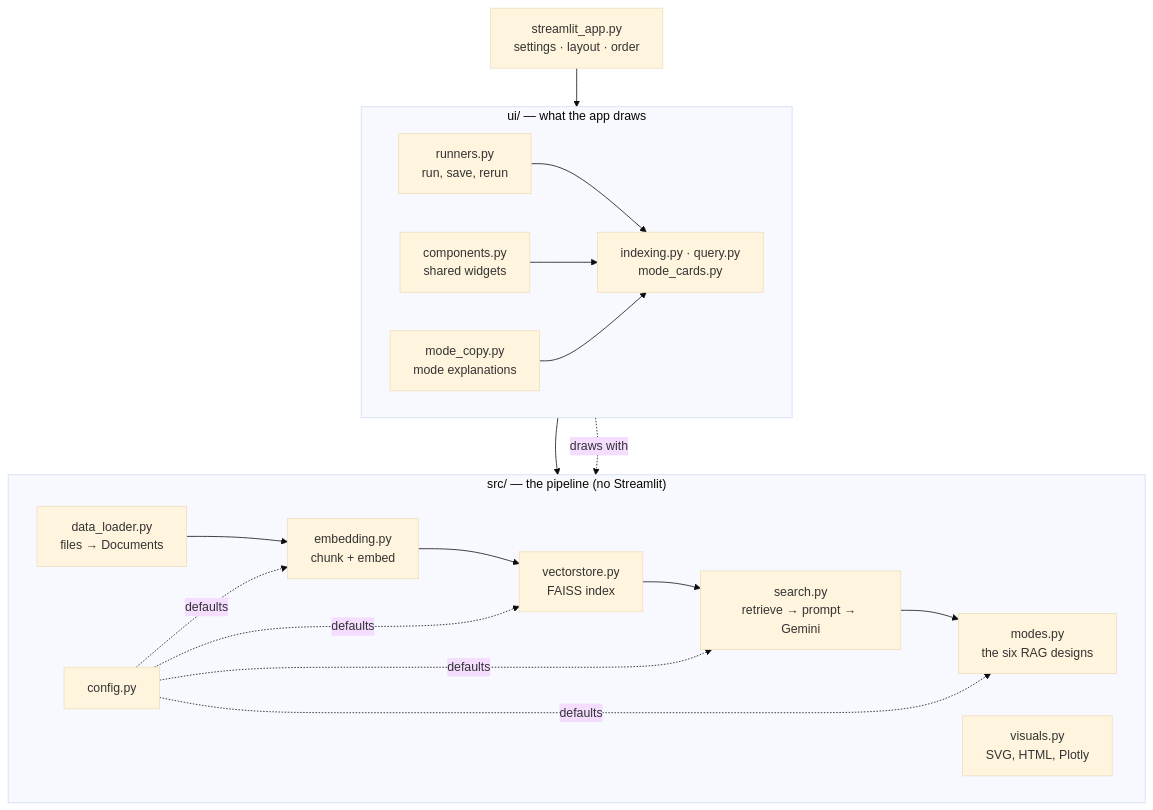
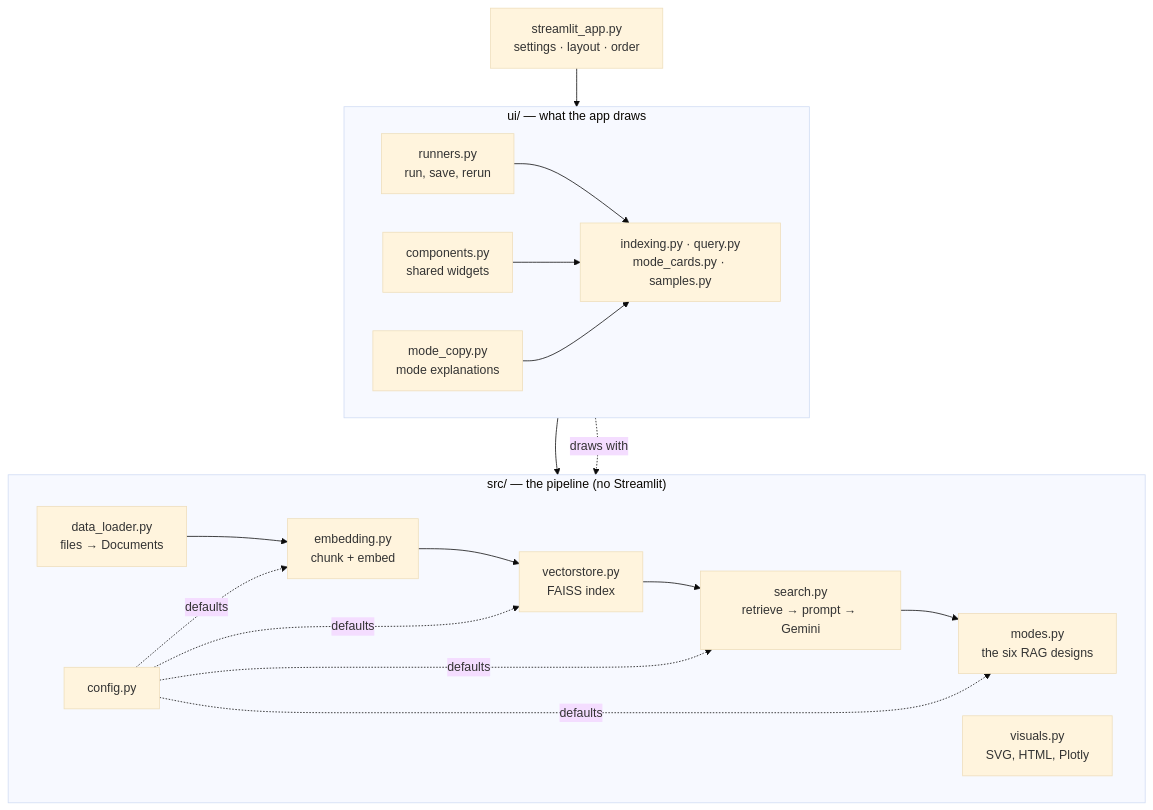
The second of 2 diagrams in README.md (JasleenMinhas578/RAG-project), drawn with Mermaid (base theme) before and after one commit. The commit also changed other lines of this file and 18 other files, not shown here.

````diff
--- a/README.md
+++ b/README.md
@@ -335,21 +377,21 @@
 ```mermaid
 flowchart TB
     subgraph src["src/ — the pipeline (no Streamlit)"]
         direction LR
         DL[data_loader.py<br/>files → Documents] --> EP[embedding.py<br/>chunk + embed]
         EP --> VS[vectorstore.py<br/>FAISS index]
         VS --> RS[search.py<br/>retrieve → prompt → Gemini]
         RS --> MD[modes.py<br/>the six RAG designs]
         CFG[config.py] -.defaults.-> EP & VS & RS & MD
         VIS[visuals.py<br/>SVG, HTML, Plotly]
     end
     subgraph ui["ui/ — what the app draws"]
         direction LR
-        RUN[runners.py<br/>run, save, rerun] --> SEC[indexing.py · query.py<br/>mode_cards.py]
+        RUN[runners.py<br/>run, save, rerun] --> SEC[indexing.py · query.py<br/>mode_cards.py · samples.py]
         CMP[components.py<br/>shared widgets] --> SEC
         COPY[mode_copy.py<br/>mode explanations] --> SEC
     end
     APP[streamlit_app.py<br/>settings · layout · order] --> ui
     RUN --> MD
     SEC -.draws with.-> VIS
 ```
````
